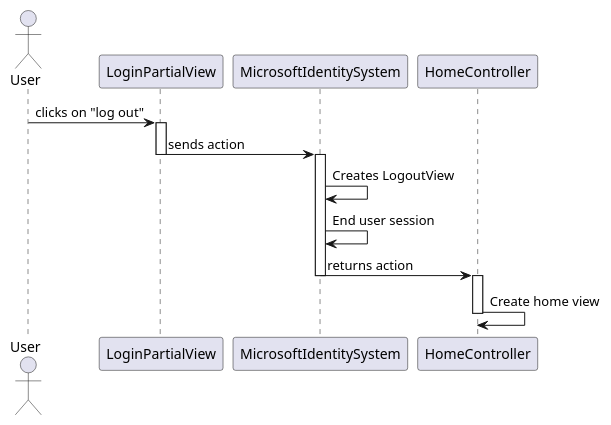
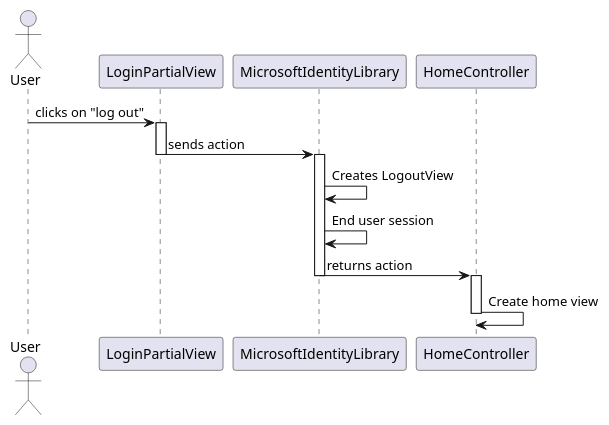
One commit to I4PRJ4/I4PRJ4-plantuml changed the diagram in Level4/SequenceDiagrams/LogoutSequenceDiagram.wsd. Above: the diagram before and after it, drawn with PlantUML. The commit also changed 1 other file, not shown here.

Commit message:
updated to exclude microsoft identity pt. 2

```diff
--- a/Level4/SequenceDiagrams/LogoutSequenceDiagram.wsd
+++ b/Level4/SequenceDiagrams/LogoutSequenceDiagram.wsd
@@ -1,27 +1,27 @@
 @startuml LogoutSequenceDiagram
 
 
 actor User as User
 participant LoginPartialView as LoginPartialView
-participant MicrosoftIdentitySystem as  MicrosoftIdentitySystem
+participant MicrosoftIdentityLibrary as  MicrosoftIdentityLibrary
 participant HomeController as HomeController
 
 User -> LoginPartialView : clicks on "log out"
 activate LoginPartialView
 
-LoginPartialView -> MicrosoftIdentitySystem : sends action
+LoginPartialView -> MicrosoftIdentityLibrary : sends action
 deactivate LoginPartialView
 
-activate MicrosoftIdentitySystem
-MicrosoftIdentitySystem -> MicrosoftIdentitySystem : Creates LogoutView
+activate MicrosoftIdentityLibrary
+MicrosoftIdentityLibrary -> MicrosoftIdentityLibrary : Creates LogoutView
 
-MicrosoftIdentitySystem -> MicrosoftIdentitySystem : End user session
+MicrosoftIdentityLibrary -> MicrosoftIdentityLibrary : End user session
 
-MicrosoftIdentitySystem -> HomeController : returns action
-deactivate MicrosoftIdentitySystem
+MicrosoftIdentityLibrary -> HomeController : returns action
+deactivate MicrosoftIdentityLibrary
 
 activate HomeController
 HomeController -> HomeController : Create home view
 deactivate HomeController
 
 @enduml
```
